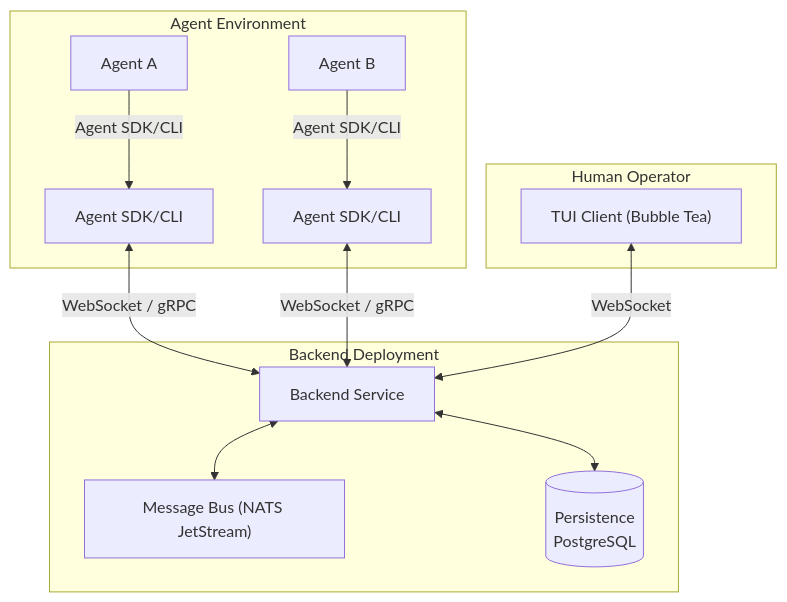
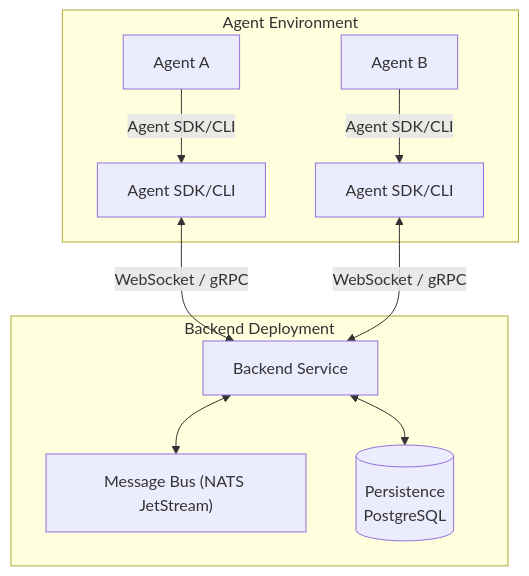
Before and after one commit to YourBroDuke/bobberchat: the first of 8 diagrams in docs/architecture/design-spec.md, drawn with Mermaid. The commit also changed other lines of this file and 15 other files, not shown here.

````diff
--- a/docs/architecture/design-spec.md
+++ b/docs/architecture/design-spec.md
@@ -139,23 +137,18 @@
 ```mermaid
 graph TD
     subgraph "Backend Deployment"
         Backend["Backend Service"]
         NATS["Message Bus (NATS JetStream)"]
         DB[(Persistence<br/>PostgreSQL)]
         Backend <--> NATS
         Backend <--> DB
     end
 
     subgraph "Agent Environment"
         AgentA["Agent A"] -- "Agent SDK/CLI" --> SDKA["Agent SDK/CLI"]
         AgentB["Agent B"] -- "Agent SDK/CLI" --> SDKB["Agent SDK/CLI"]
     end
 
-    subgraph "Human Operator"
-        TUI["TUI Client (Bubble Tea)"]
-    end
-
     SDKA <-- "WebSocket / gRPC" --> Backend
     SDKB <-- "WebSocket / gRPC" --> Backend
-    TUI <-- "WebSocket" --> Backend
 ```
````
